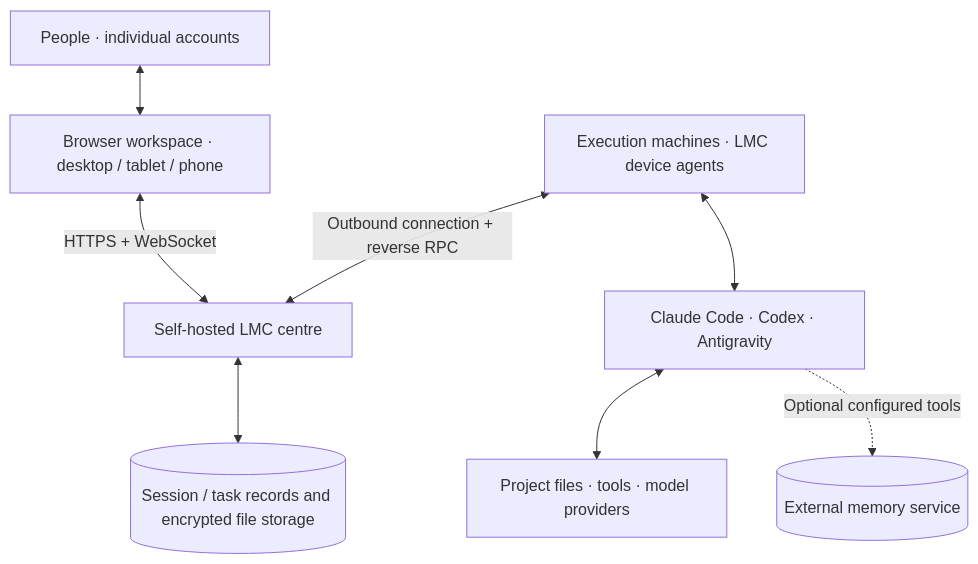
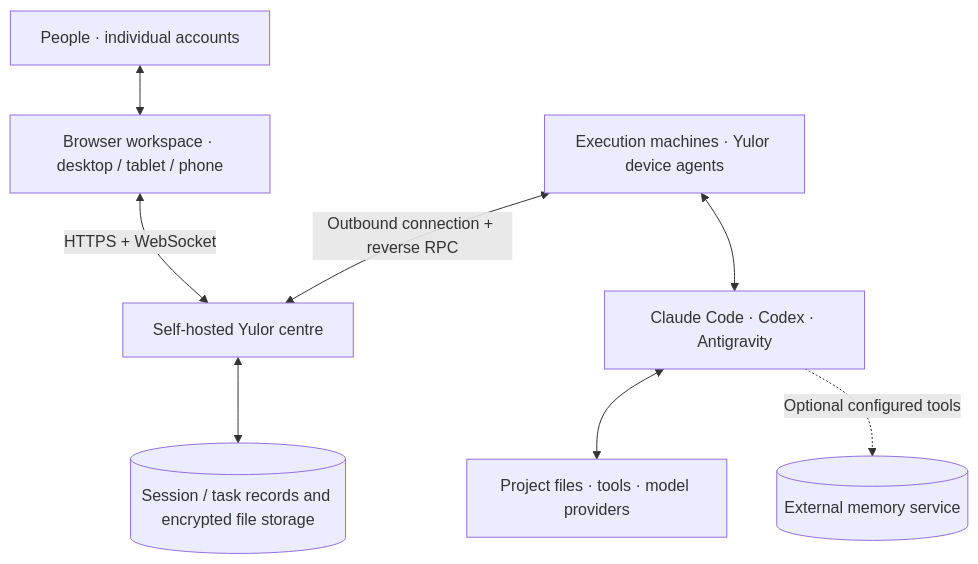
One commit to MoeAisaka/lmc-workspace changed the diagram in README.md. Above: the diagram before and after it, drawn with Mermaid. The commit also changed other lines of this file and 66 other files, not shown here.

Commit message:
feat: rename LMC workspace to Yulor with compatible CLI aliases

````diff
--- a/README.md
+++ b/README.md
@@ -123,10 +128,10 @@
 ```mermaid
 flowchart TB
     users["People · individual accounts"] <--> browser["Browser workspace · desktop / tablet / phone"]
-    browser <-->|HTTPS + WebSocket| centre["Self-hosted LMC centre"]
+    browser <-->|HTTPS + WebSocket| centre["Self-hosted Yulor centre"]
     centre <--> storage[("Session / task records and encrypted file storage")]
-    agent["Execution machines · LMC device agents"] <-->|Outbound connection + reverse RPC| centre
+    agent["Execution machines · Yulor device agents"] <-->|Outbound connection + reverse RPC| centre
     agent <--> cli["Claude Code · Codex · Antigravity"]
     cli <--> work["Project files · tools · model providers"]
     cli -. "Optional configured tools" .-> memory[("External memory service")]
 ```
````
